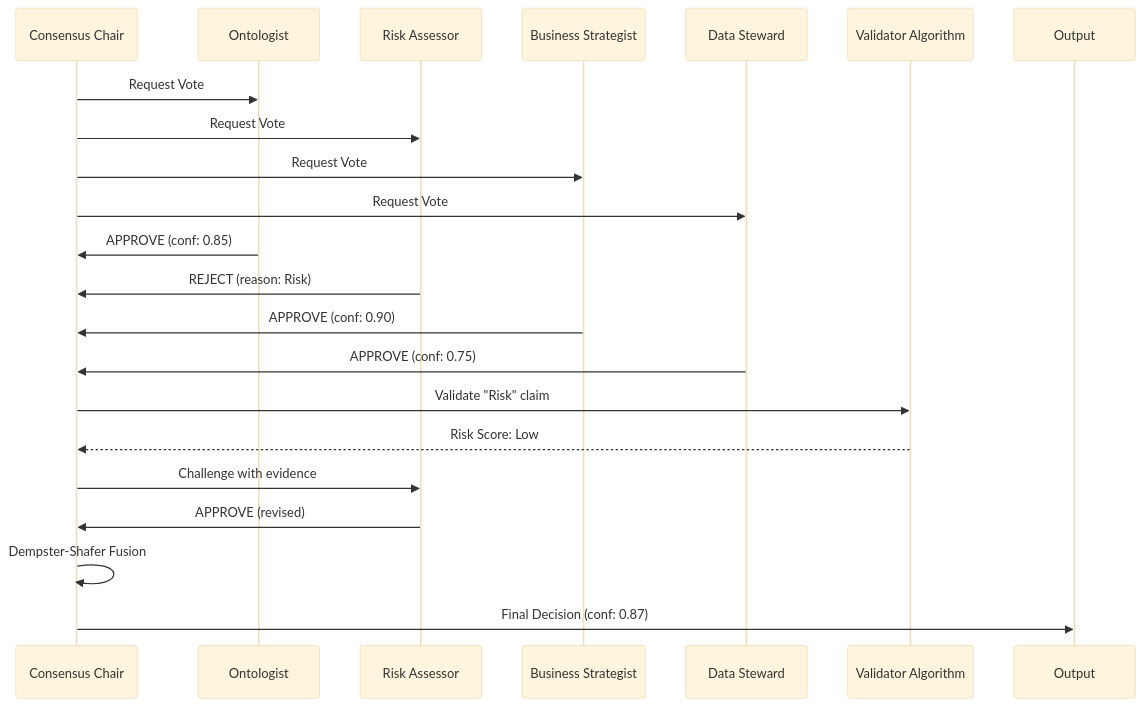
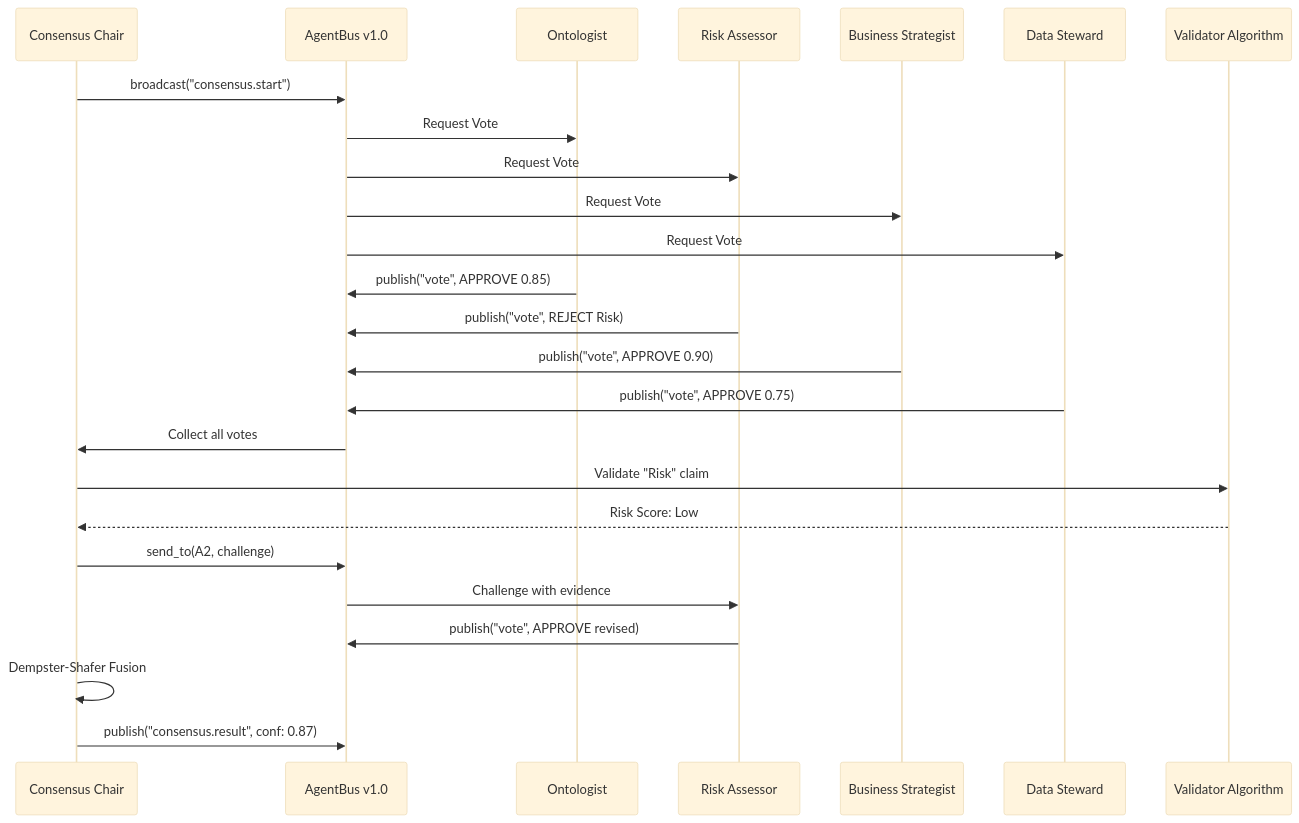
Before and after one commit to sabill123/ontology: the fifth of 10 diagrams in docs/diagrams/README.md, drawn with Mermaid (base theme). The commit also changed other lines of this file and 176 other files, not shown here.

````diff
--- a/docs/diagrams/README.md
+++ b/docs/diagrams/README.md
@@ -132,28 +195,33 @@
 ```mermaid
 sequenceDiagram
     participant Chair as Consensus Chair
+    participant BUS as AgentBus v1.0
     participant A1 as Ontologist
     participant A2 as Risk Assessor
     participant A3 as Business Strategist
     participant A4 as Data Steward
     participant Alg as Validator Algorithm
 
-    Chair->>A1: Request Vote
-    Chair->>A2: Request Vote
-    Chair->>A3: Request Vote
-    Chair->>A4: Request Vote
+    Chair->>BUS: broadcast("consensus.start")
+    BUS->>A1: Request Vote
+    BUS->>A2: Request Vote
+    BUS->>A3: Request Vote
+    BUS->>A4: Request Vote
 
-    A1->>Chair: APPROVE (conf: 0.85)
-    A2->>Chair: REJECT (reason: Risk)
-    A3->>Chair: APPROVE (conf: 0.90)
-    A4->>Chair: APPROVE (conf: 0.75)
+    A1->>BUS: publish("vote", APPROVE 0.85)
+    A2->>BUS: publish("vote", REJECT Risk)
+    A3->>BUS: publish("vote", APPROVE 0.90)
+    A4->>BUS: publish("vote", APPROVE 0.75)
+
+    BUS->>Chair: Collect all votes
 
     Chair->>Alg: Validate "Risk" claim
     Alg-->>Chair: Risk Score: Low
 
-    Chair->>A2: Challenge with evidence
-    A2->>Chair: APPROVE (revised)
+    Chair->>BUS: send_to(A2, challenge)
+    BUS->>A2: Challenge with evidence
+    A2->>BUS: publish("vote", APPROVE revised)
 
     Chair->>Chair: Dempster-Shafer Fusion
-    Chair->>Output: Final Decision (conf: 0.87)
+    Chair->>BUS: publish("consensus.result", conf: 0.87)
 ```
````
